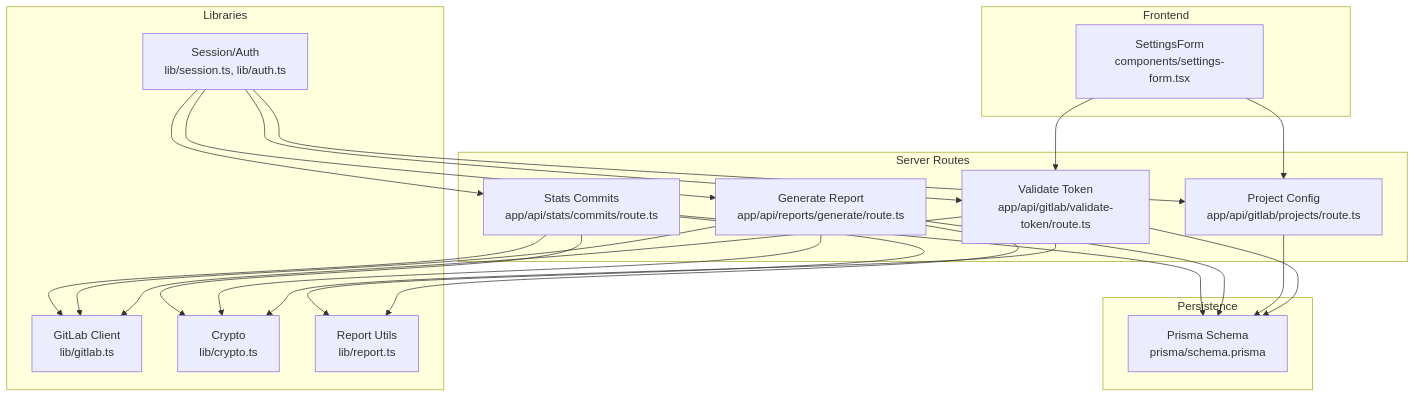
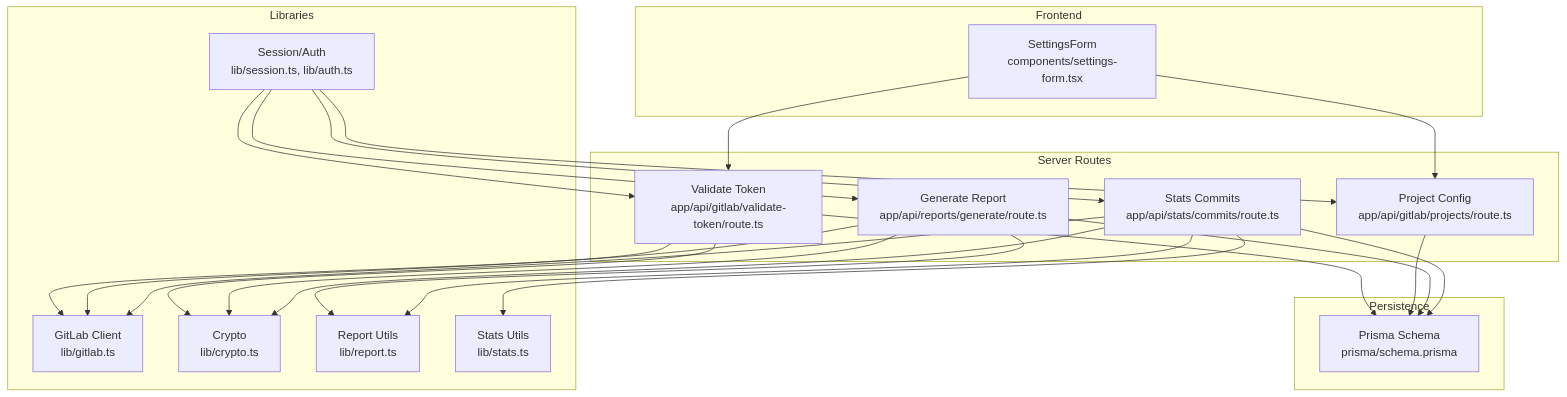
One commit to jrj444/git-daily changed the first of 10 diagrams in .qoder/repowiki/en/content/Report Generation System/GitLab Integration.md. Above: the diagram before and after it, drawn with Mermaid. The commit also changed other lines of this file and 6 other files, not shown here.

````diff
--- a/.qoder/repowiki/en/content/Report Generation System/GitLab Integration.md
+++ b/.qoder/repowiki/en/content/Report Generation System/GitLab Integration.md
@@ -52,39 +53,41 @@
 ```mermaid
 graph TB
 subgraph "Frontend"
 SF["SettingsForm<br/>components/settings-form.tsx"]
 end
 subgraph "Server Routes"
 VT["Validate Token<br/>app/api/gitlab/validate-token/route.ts"]
 PJ["Project Config<br/>app/api/gitlab/projects/route.ts"]
 GR["Generate Report<br/>app/api/reports/generate/route.ts"]
 SC["Stats Commits<br/>app/api/stats/commits/route.ts"]
 end
 subgraph "Libraries"
 GL["GitLab Client<br/>lib/gitlab.ts"]
 CR["Crypto<br/>lib/crypto.ts"]
 SE["Session/Auth<br/>lib/session.ts, lib/auth.ts"]
 RP["Report Utils<br/>lib/report.ts"]
+ST["Stats Utils<br/>lib/stats.ts"]
 end
 subgraph "Persistence"
 PR["Prisma Schema<br/>prisma/schema.prisma"]
 end
 SF --> VT
 SF --> PJ
 VT --> GL
 VT --> CR
 VT --> PR
 PJ --> PR
 GR --> GL
 GR --> CR
 GR --> PR
 GR --> RP
 SC --> GL
 SC --> CR
 SC --> PR
 SC --> RP
+SC --> ST
 SE --> VT
 SE --> PJ
 SE --> GR
 SE --> SC
 ```
````
